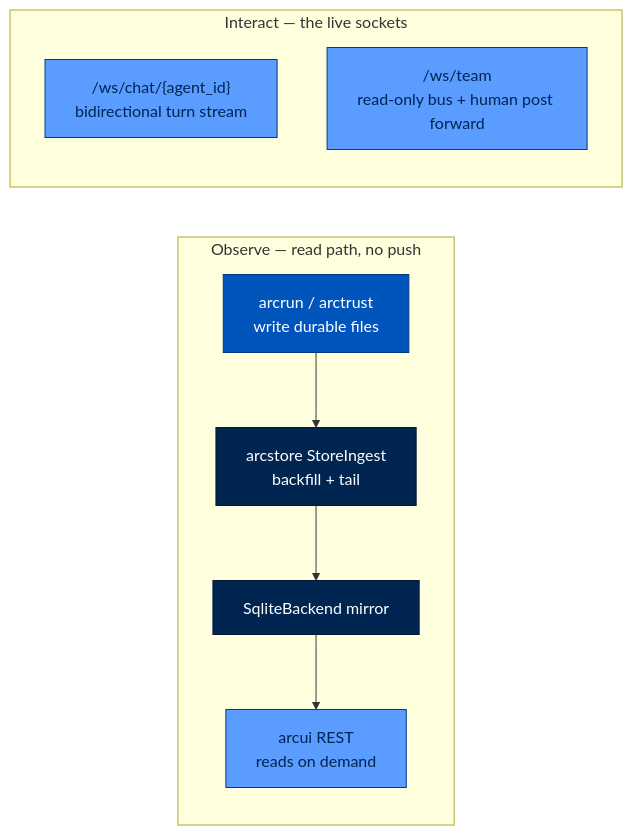
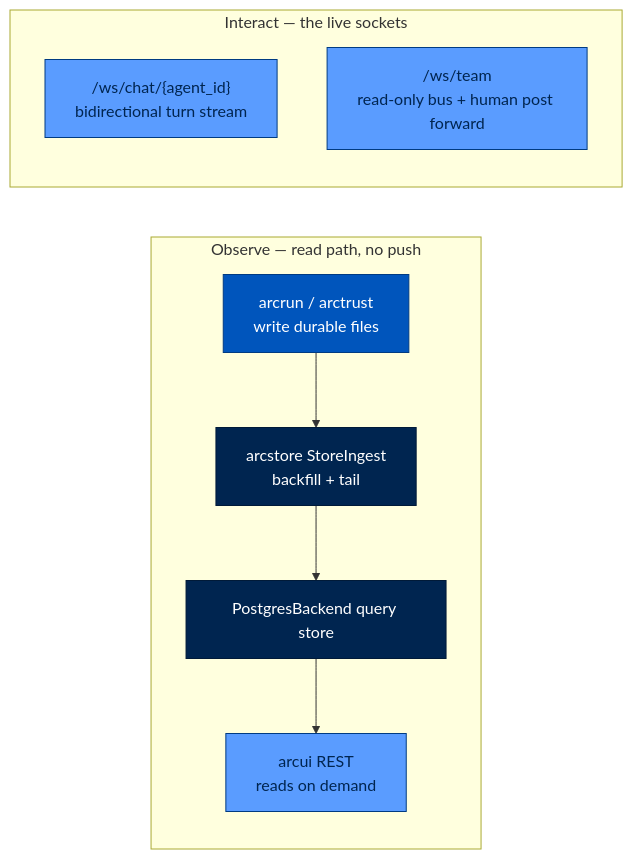
One commit to joshuamschultz/Arc changed the second of 4 diagrams in docs/building/package-index.md. Above: the diagram before and after it, drawn with Mermaid. The commit also changed other lines of this file and 16 other files, not shown here.

First line of the commit message:
docs: align ArcStore references with PostgreSQL cutover

````diff
--- a/docs/building/package-index.md
+++ b/docs/building/package-index.md
@@ -120,25 +120,25 @@
 ```mermaid
 flowchart LR
     classDef entry   fill:#D6E6FF,stroke:#0073FE,color:#002550
     classDef surface fill:#5A9CFF,stroke:#003B82,color:#002550
     classDef agent   fill:#0073FE,stroke:#0055BC,color:#FFFFFF
     classDef runtime fill:#0055BC,stroke:#003B82,color:#FFFFFF
     classDef found   fill:#002550,stroke:#001A38,color:#FFFFFF
 
     subgraph OBSERVE["Observe — read path, no push"]
         direction TB
         W["arcrun / arctrust\nwrite durable files"] --> ING["arcstore StoreIngest\nbackfill + tail"]
-        ING --> SQL["SqliteBackend mirror"]
+        ING --> SQL["PostgresBackend query store"]
         SQL --> REST["arcui REST\nreads on demand"]
     end
 
     subgraph INTERACT["Interact — the live sockets"]
         direction TB
         CHAT["/ws/chat/{agent_id}\nbidirectional turn stream"]
         TEAMWS["/ws/team\nread-only bus + human post forward"]
     end
 
     class W runtime
     class ING,SQL found
     class REST,CHAT,TEAMWS surface
 ```
````
